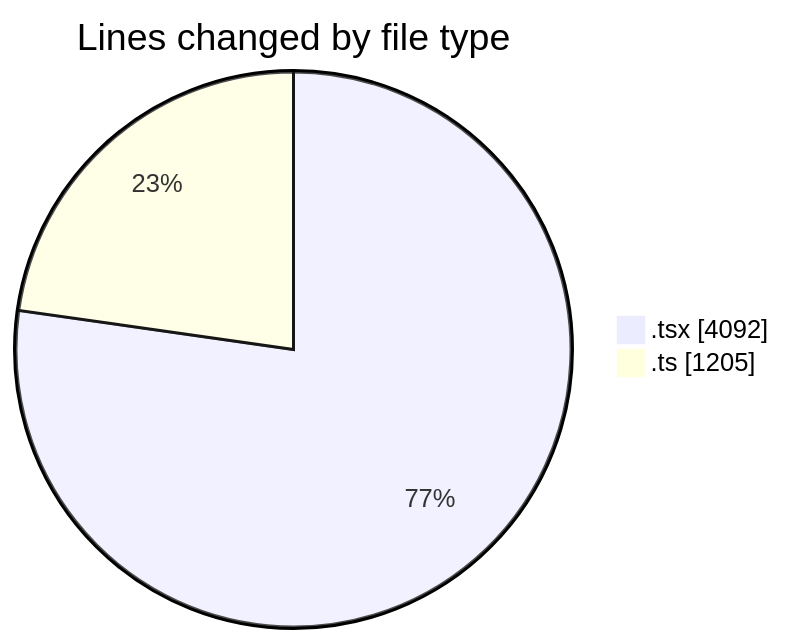
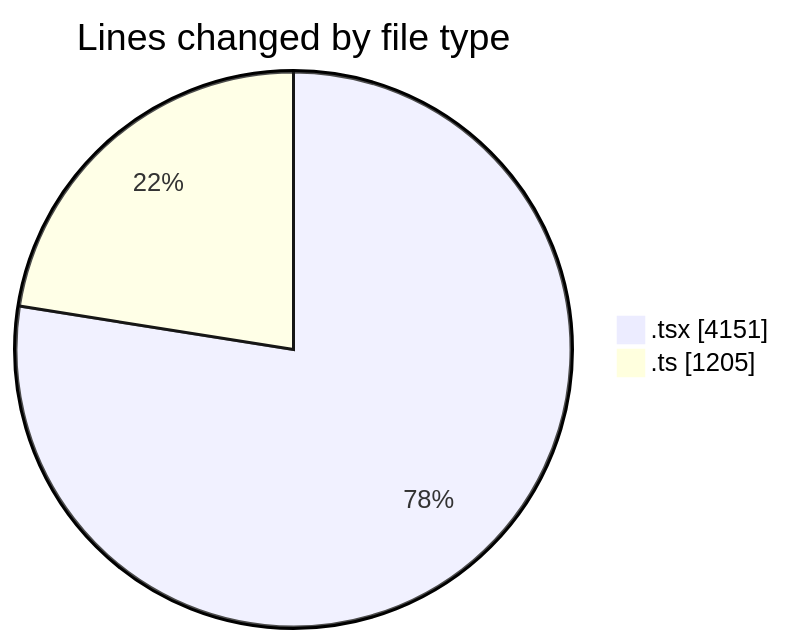
The first of 2 diagrams in 2026-02-18/nxtqube_webapp/README.md (nxtqubesakshisongat/code-tracking), drawn with Mermaid before and after one commit. The commit also changed other lines of this file and 1 other file, not shown here.

````diff
--- a/2026-02-18/nxtqube_webapp/README.md
+++ b/2026-02-18/nxtqube_webapp/README.md
@@ -29,6 +29,6 @@
 ```mermaid
 pie showData
 title Lines changed by file type
-".tsx" : 4092
+".tsx" : 4151
 ".ts" : 1205
 ```
````
